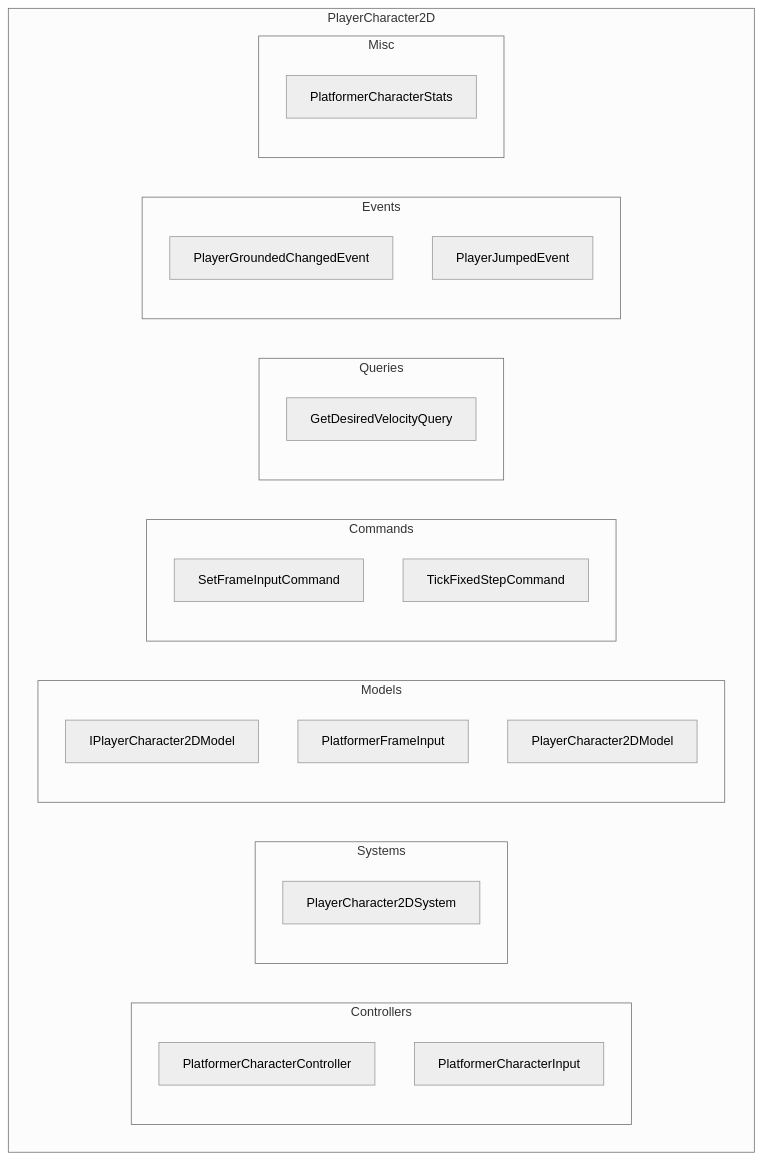
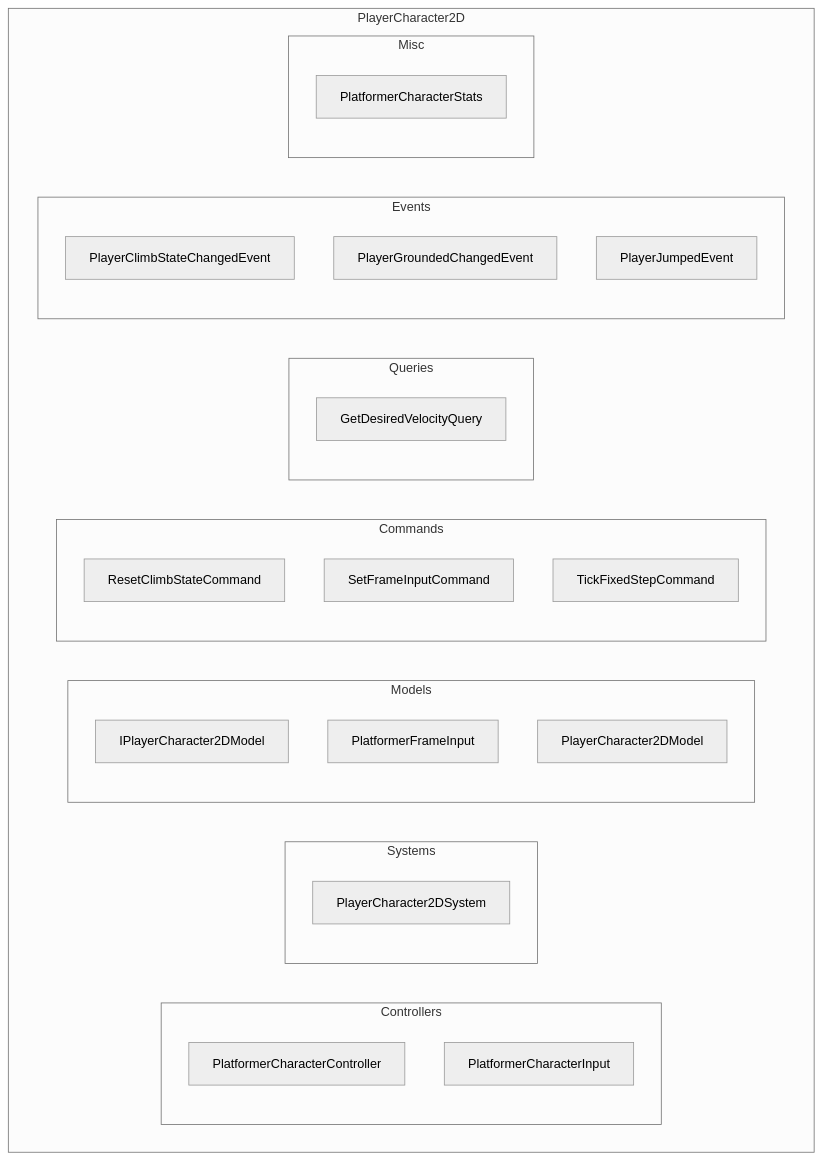
The diagram in Assets/ArchitectureScanResults/Features/PlayerCharacter2D/L1_internal.mmd (tja688/ThatGameJam), drawn with Mermaid (neutral theme) before and after one commit. The commit also changed 25 other files, not shown here.

```diff
--- a/Assets/ArchitectureScanResults/Features/PlayerCharacter2D/L1_internal.mmd
+++ b/Assets/ArchitectureScanResults/Features/PlayerCharacter2D/L1_internal.mmd
@@ -1,30 +1,32 @@
 %% L1 PlayerCharacter2D Internal
 graph TD
     subgraph PlayerCharacter2D
         subgraph Controllers
             Controller::PlatformerCharacterController["PlatformerCharacterController"]
             Controller::PlatformerCharacterInput["PlatformerCharacterInput"]
         end
         subgraph Systems
             System::PlayerCharacter2DSystem["PlayerCharacter2DSystem"]
         end
         subgraph Models
             Model::IPlayerCharacter2DModel["IPlayerCharacter2DModel"]
             Model::PlatformerFrameInput["PlatformerFrameInput"]
             Model::PlayerCharacter2DModel["PlayerCharacter2DModel"]
         end
         subgraph Commands
+            Command::ResetClimbStateCommand["ResetClimbStateCommand"]
             Command::SetFrameInputCommand["SetFrameInputCommand"]
             Command::TickFixedStepCommand["TickFixedStepCommand"]
         end
         subgraph Queries
             Query::GetDesiredVelocityQuery["GetDesiredVelocityQuery"]
         end
         subgraph Events
+            Event::PlayerClimbStateChangedEvent["PlayerClimbStateChangedEvent"]
             Event::PlayerGroundedChangedEvent["PlayerGroundedChangedEvent"]
             Event::PlayerJumpedEvent["PlayerJumpedEvent"]
         end
         subgraph Misc
             Component::PlatformerCharacterStats["PlatformerCharacterStats"]
         end
     end
```
